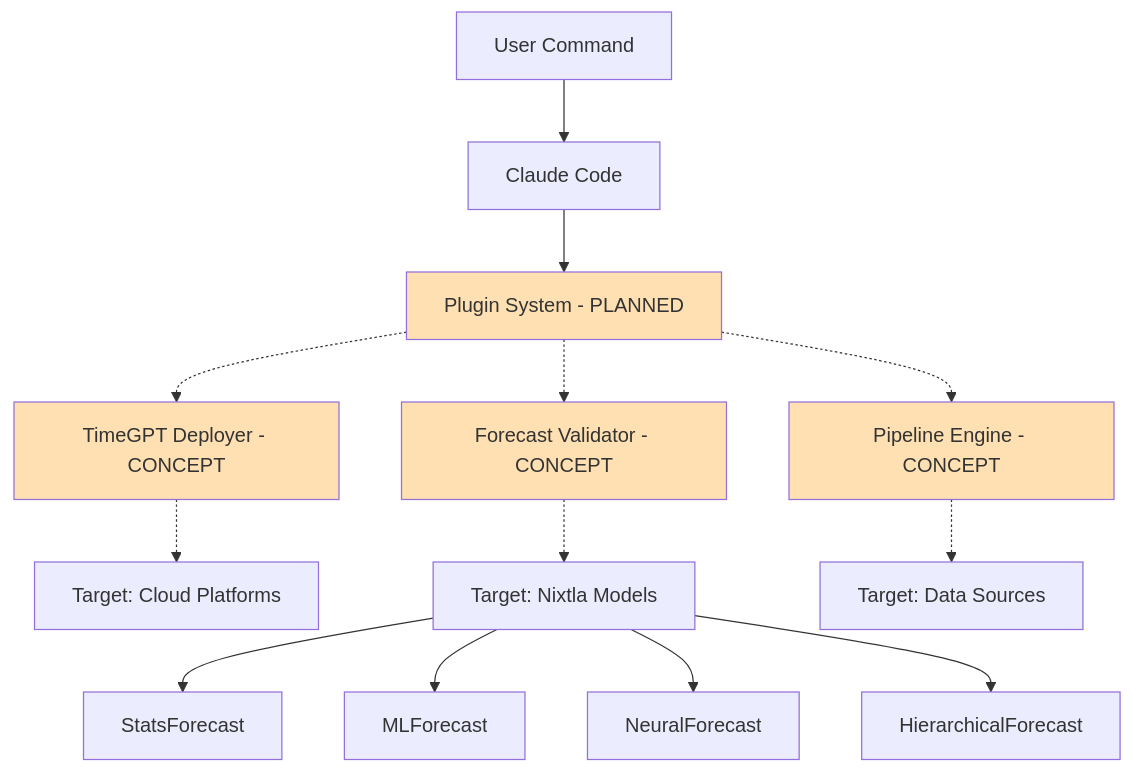
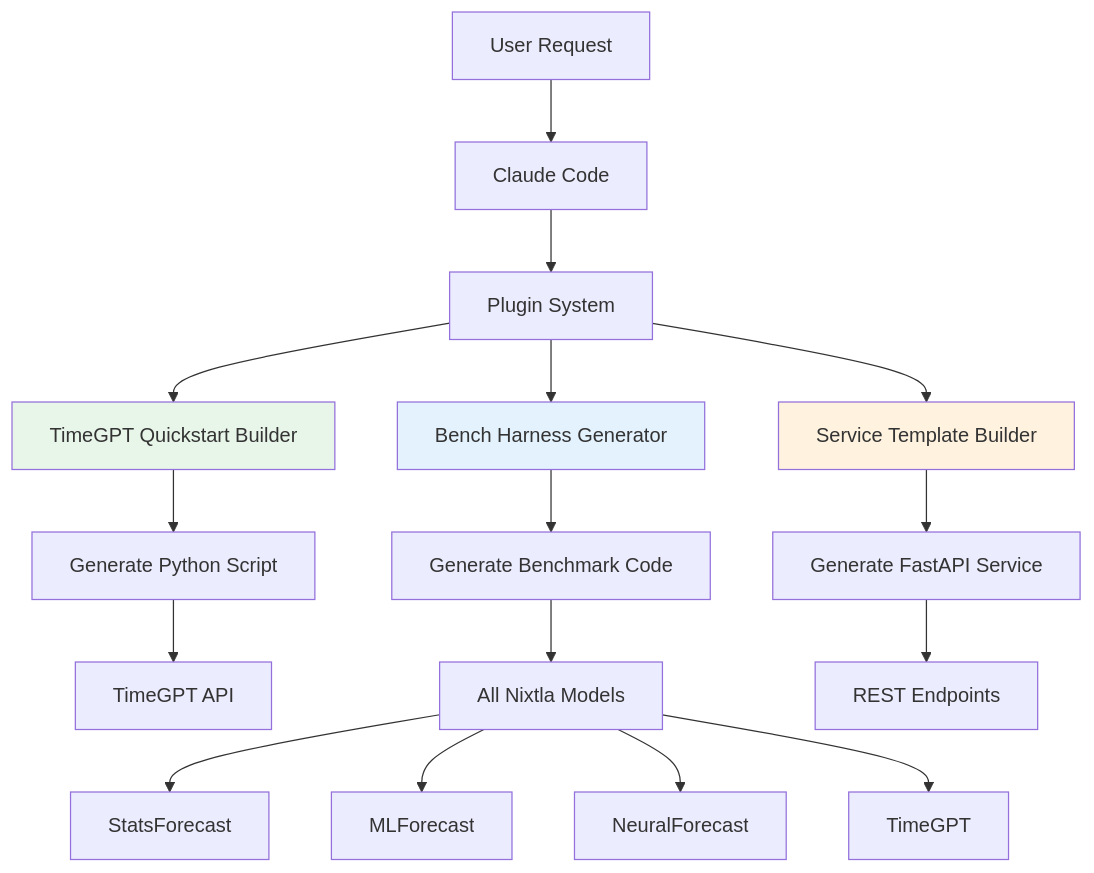
One commit to intent-solutions-io/plugins-nixtla changed the diagram in README.md. Above: the diagram before and after it, drawn with Mermaid. The commit also changed other lines of this file and 1 other file, not shown here.

First line of the commit message:
docs: align README with three specific plugin concepts

````diff
--- a/README.md
+++ b/README.md
@@ -28,23 +34,26 @@
 ```mermaid
 graph TB
-    User[User Command] --> Claude[Claude Code]
-    Claude --> Plugins[Plugin System - PLANNED]
+    User[User Request] --> Claude[Claude Code]
+    Claude --> Plugins[Plugin System]
 
-    Plugins -.-> TD[TimeGPT Deployer - CONCEPT]
-    Plugins -.-> FV[Forecast Validator - CONCEPT]
-    Plugins -.-> PE[Pipeline Engine - CONCEPT]
+    Plugins --> P1[TimeGPT Quickstart Builder]
+    Plugins --> P2[Bench Harness Generator]
+    Plugins --> P3[Service Template Builder]
 
-    TD -.-> AWS[Target: Cloud Platforms]
-    FV -.-> Models[Target: Nixtla Models]
-    PE -.-> Data[Target: Data Sources]
+    P1 --> Code1[Generate Python Script]
+    P2 --> Code2[Generate Benchmark Code]
+    P3 --> Code3[Generate FastAPI Service]
+
+    Code1 --> TG[TimeGPT API]
+    Code2 --> Models[All Nixtla Models]
+    Code3 --> API[REST Endpoints]
 
     Models --> SF[StatsForecast]
     Models --> MF[MLForecast]
     Models --> NF[NeuralForecast]
-    Models --> HF[HierarchicalForecast]
+    Models --> TimeGPT[TimeGPT]
 
-    style Plugins fill:#ffe0b2
-    style TD fill:#ffe0b2
-    style FV fill:#ffe0b2
-    style PE fill:#ffe0b2
+    style P1 fill:#e8f5e9
+    style P2 fill:#e3f2fd
+    style P3 fill:#fff3e0
 ```
````
